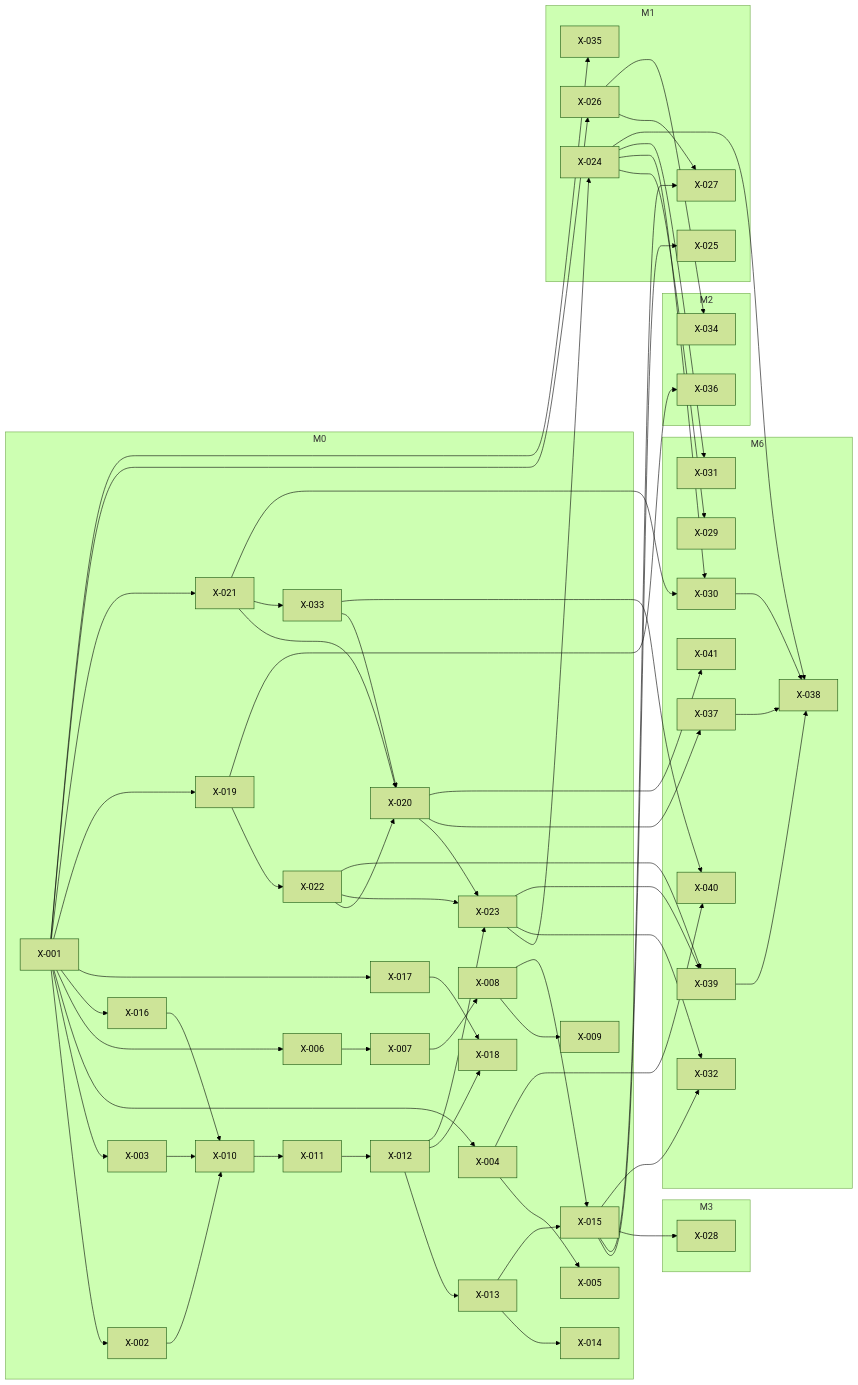
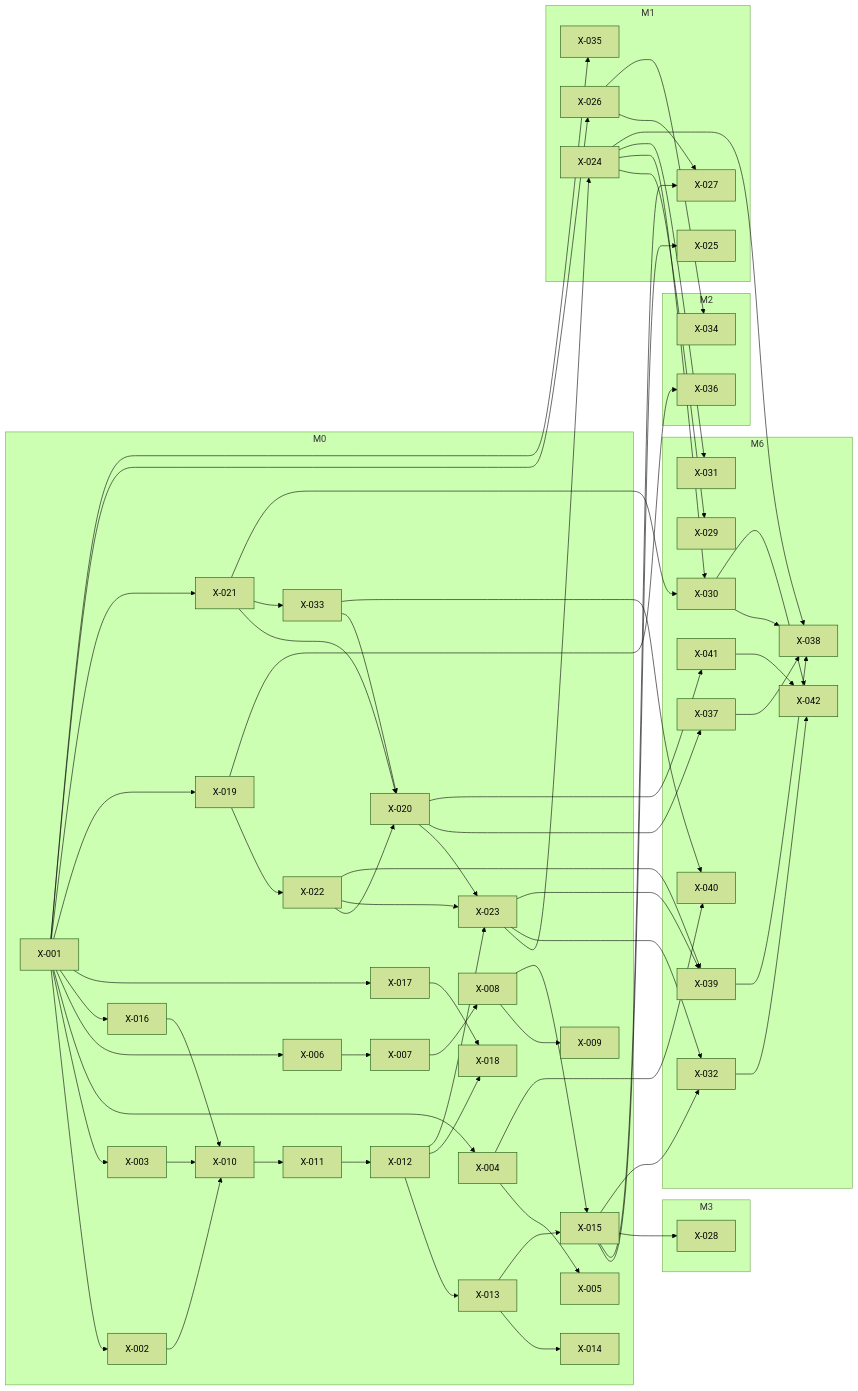
Before and after one commit to bhagwati-prasad/velexis-ota: the diagram in docs/mvp/plans/foundation-tasks.md, drawn with Mermaid (forest theme). The commit also changed other lines of this file and 8 other files, not shown here.

````diff
--- a/docs/mvp/plans/foundation-tasks.md
+++ b/docs/mvp/plans/foundation-tasks.md
@@ -1185,6 +1206,7 @@
     X_039["X-039"]
     X_040["X-040"]
     X_041["X-041"]
+    X_042["X-042"]
   end
   X_001 --> X_002
   X_001 --> X_003
@@ -1242,4 +1264,7 @@
   X_004 --> X_040
   X_033 --> X_040
   X_020 --> X_041
+  X_032 --> X_042
+  X_030 --> X_042
+  X_041 --> X_042
 ```
````
